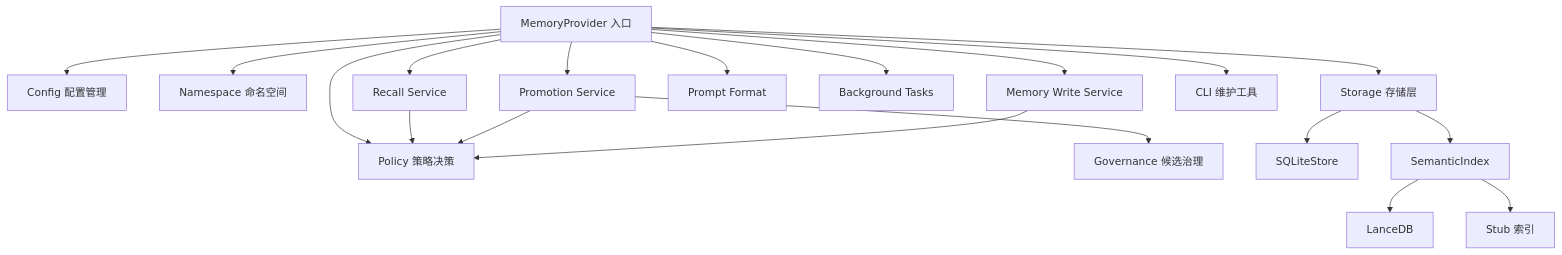
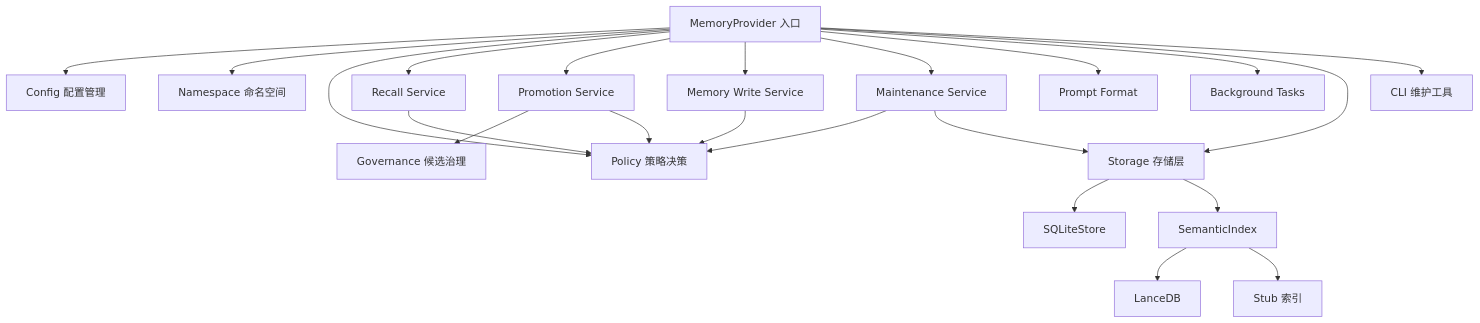
Before and after one commit to hiyenwong/hermes_mem_gateway: the diagram in docs/architecture.md, drawn with Mermaid. The commit also changed other lines of this file and 19 other files, not shown here.

````diff
--- a/docs/architecture.md
+++ b/docs/architecture.md
@@ -13,21 +13,24 @@
 ```mermaid
 graph TD
     A[MemoryProvider 入口] --> B[Config 配置管理]
     A --> C[Namespace 命名空间]
     A --> P[Policy 策略决策]
     A --> R[Recall Service]
     A --> M[Promotion Service]
     A --> W[Memory Write Service]
+    A --> X[Maintenance Service]
     A --> Q[Prompt Format]
     A --> T[Background Tasks]
     A --> D[Storage 存储层]
     A --> F[CLI 维护工具]
     M --> E[Governance 候选治理]
     R --> P
     M --> P
     W --> P
+    X --> P
+    X --> D
     D --> G[SQLiteStore]
     D --> H[SemanticIndex]
     H --> I[LanceDB]
     H --> J[Stub 索引]
 ```
````
